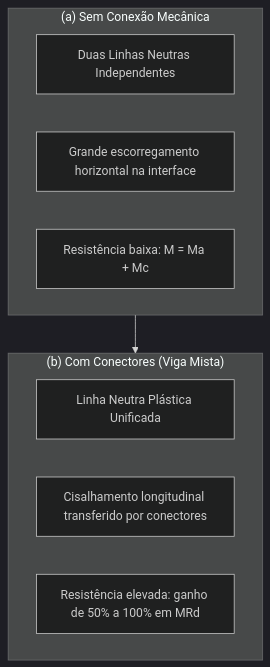
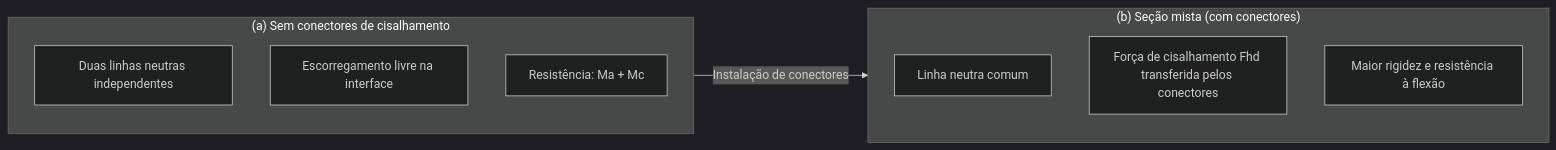
Before and after one commit to ufu-feciv-ic/VMP: the first of 3 diagrams in docs/TCC_VIGA_MISTA_NBR8800_2024.md, drawn with Mermaid (dark theme). The commit also changed other lines of this file and 31 other files, not shown here.

````diff
--- a/docs/TCC_VIGA_MISTA_NBR8800_2024.md
+++ b/docs/TCC_VIGA_MISTA_NBR8800_2024.md
@@ -115,14 +125,14 @@
 ```mermaid
-flowchart TD
-    subgraph A ["(a) Sem Conexão Mecânica"]
-        A1["Duas Linhas Neutras Independentes"]
-        A2["Grande escorregamento horizontal na interface"]
-        A3["Resistência baixa: M = Ma + Mc"]
+flowchart LR
+    subgraph SemConexao ["(a) Sem conectores de cisalhamento"]
+        A1["Duas linhas neutras independentes"]
+        A2["Escorregamento livre na interface"]
+        A3["Resistência: Ma + Mc"]
     end
-    subgraph B ["(b) Com Conectores (Viga Mista)"]
-        B1["Linha Neutra Plástica Unificada"]
-        B2["Cisalhamento longitudinal transferido por conectores"]
-        B3["Resistência elevada: ganho de 50% a 100% em MRd"]
+    subgraph ComConexao ["(b) Seção mista (com conectores)"]
+        B1["Linha neutra comum"]
+        B2["Força de cisalhamento Fhd transferida pelos conectores"]
+        B3["Maior rigidez e resistência à flexão"]
     end
-    A --> B
+    SemConexao -->|Instalação de conectores| ComConexao
 ```
````
